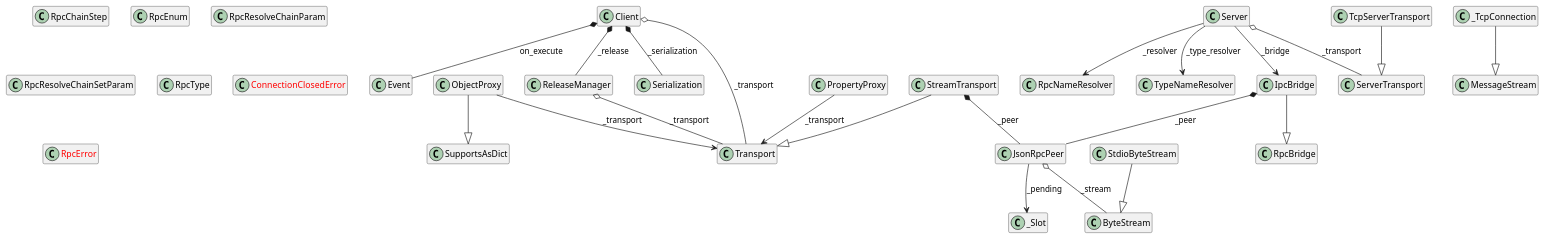
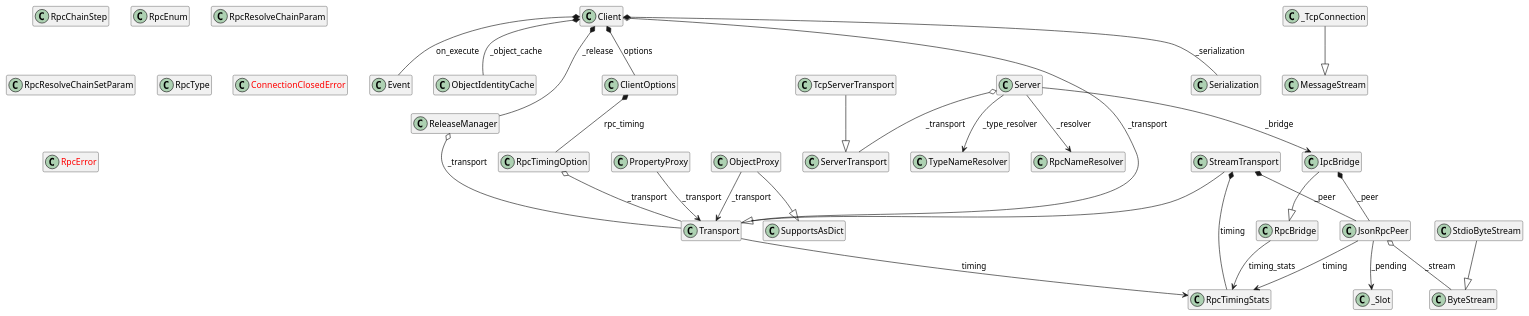
One commit to hide00310/UniLiquidLink changed the first of 4 diagrams in Docs~/ClassDiagram.md. Above: the diagram before and after it, drawn with PlantUML. The commit also changed other lines of this file and 2 other files, not shown here.

First line of the commit message:
chore(docs): regenerate class diagram and API docs

```diff
--- a/Docs~/ClassDiagram.md
+++ b/Docs~/ClassDiagram.md
@@ -13,45 +13,53 @@
 }
 class "Event" as lliquidlink.client._event.Event {
 }
+class "ObjectIdentityCache" as lliquidlink.client._identity_cache.ObjectIdentityCache {
+}
 class "SupportsAsDict" as lliquidlink.client._interfaces.SupportsAsDict {
 }
-class "ReleaseManager" as lliquidlink.client._release.ReleaseManager {
+class "Transport" as lliquidlink.client._interfaces.Transport {
 }
-class "Transport" as lliquidlink.client._interfaces.Transport {
+class "ClientOptions" as lliquidlink.client._options.ClientOptions {
+}
+class "RpcTimingOption" as lliquidlink.client._options.RpcTimingOption {
 }
 class "ObjectProxy" as lliquidlink.client._proxy.ObjectProxy {
 }
 class "PropertyProxy" as lliquidlink.client._proxy.PropertyProxy {
 }
+class "ReleaseManager" as lliquidlink.client._release.ReleaseManager {
+}
 class "Serialization" as lliquidlink.client._serialization.Serialization {
 }
 class "StreamTransport" as lliquidlink.client._transports.StreamTransport {
 }
+class "ByteStream" as lliquidlink.core._interfaces.ByteStream {
+}
+class "JsonRpcPeer" as lliquidlink.core._rpc.JsonRpcPeer {
+}
+class "StdioByteStream" as lliquidlink.core._rpc.StdioByteStream {
+}
 class "_Slot" as lliquidlink.core._rpc._Slot {
+}
+class "RpcTimingStats" as lliquidlink.core._timing.RpcTimingStats {
 }
 class "MessageStream" as lliquidlink.server._interfaces.MessageStream {
 }
 class "RpcBridge" as lliquidlink.server._interfaces.RpcBridge {
 }
+class "ServerTransport" as lliquidlink.server._transport.ServerTransport {
+}
+class "TcpServerTransport" as lliquidlink.server._transport.TcpServerTransport {
+}
 class "_TcpConnection" as lliquidlink.server._transport._TcpConnection {
 }
 class "IpcBridge" as lliquidlink.server.ipc_bridge.IpcBridge {
-}
-class "JsonRpcPeer" as lliquidlink.core._rpc.JsonRpcPeer {
-}
-class "ByteStream" as lliquidlink.core._interfaces.ByteStream {
-}
-class "StdioByteStream" as lliquidlink.core._rpc.StdioByteStream {
 }
 class "RpcNameResolver" as lliquidlink.server.resolver.RpcNameResolver {
 }
 class "TypeNameResolver" as lliquidlink.server.resolver.TypeNameResolver {
 }
 class "Server" as lliquidlink.server.server.Server {
-}
-class "ServerTransport" as lliquidlink.server._transport.ServerTransport {
-}
-class "TcpServerTransport" as lliquidlink.server._transport.TcpServerTransport {
 }
 class "RpcChainStep" as lliquidlink.client._schema.RpcChainStep {
 }
@@ -70,22 +78,30 @@
 
 lliquidlink.client._proxy.ObjectProxy --|> lliquidlink.client._interfaces.SupportsAsDict
 lliquidlink.client._transports.StreamTransport --|> lliquidlink.client._interfaces.Transport
+lliquidlink.core._rpc.StdioByteStream --|> lliquidlink.core._interfaces.ByteStream
+lliquidlink.server._transport.TcpServerTransport --|> lliquidlink.server._transport.ServerTransport
 lliquidlink.server._transport._TcpConnection --|> lliquidlink.server._interfaces.MessageStream
 lliquidlink.server.ipc_bridge.IpcBridge --|> lliquidlink.server._interfaces.RpcBridge
-lliquidlink.core._rpc.StdioByteStream --|> lliquidlink.core._interfaces.ByteStream
-lliquidlink.server._transport.TcpServerTransport --|> lliquidlink.server._transport.ServerTransport
 lliquidlink.client._client.Client *-- lliquidlink.client._event.Event : on_execute
+lliquidlink.client._client.Client *-- lliquidlink.client._identity_cache.ObjectIdentityCache : _object_cache
+lliquidlink.client._client.Client *-- lliquidlink.client._options.ClientOptions : options
+lliquidlink.client._options.ClientOptions *-- lliquidlink.client._options.RpcTimingOption : rpc_timing
 lliquidlink.client._client.Client *-- lliquidlink.client._release.ReleaseManager : _release
 lliquidlink.client._client.Client *-- lliquidlink.client._serialization.Serialization : _serialization
 lliquidlink.client._transports.StreamTransport *-- lliquidlink.core._rpc.JsonRpcPeer : _peer
 lliquidlink.server.ipc_bridge.IpcBridge *-- lliquidlink.core._rpc.JsonRpcPeer : _peer
+lliquidlink.client._transports.StreamTransport *-- lliquidlink.core._timing.RpcTimingStats : timing
 lliquidlink.client._client.Client o-- lliquidlink.client._interfaces.Transport : _transport
+lliquidlink.client._options.RpcTimingOption o-- lliquidlink.client._interfaces.Transport : _transport
 lliquidlink.client._release.ReleaseManager o-- lliquidlink.client._interfaces.Transport : _transport
 lliquidlink.core._rpc.JsonRpcPeer o-- lliquidlink.core._interfaces.ByteStream : _stream
 lliquidlink.server.server.Server o-- lliquidlink.server._transport.ServerTransport : _transport
+lliquidlink.client._interfaces.Transport --> lliquidlink.core._timing.RpcTimingStats : timing
 lliquidlink.client._proxy.ObjectProxy --> lliquidlink.client._interfaces.Transport : _transport
 lliquidlink.client._proxy.PropertyProxy --> lliquidlink.client._interfaces.Transport : _transport
 lliquidlink.core._rpc.JsonRpcPeer --> lliquidlink.core._rpc._Slot : _pending
+lliquidlink.core._rpc.JsonRpcPeer --> lliquidlink.core._timing.RpcTimingStats : timing
+lliquidlink.server._interfaces.RpcBridge --> lliquidlink.core._timing.RpcTimingStats : timing_stats
 lliquidlink.server.server.Server --> lliquidlink.server.ipc_bridge.IpcBridge : _bridge
 lliquidlink.server.server.Server --> lliquidlink.server.resolver.RpcNameResolver : _resolver
 lliquidlink.server.server.Server --> lliquidlink.server.resolver.TypeNameResolver : _type_resolver
```
